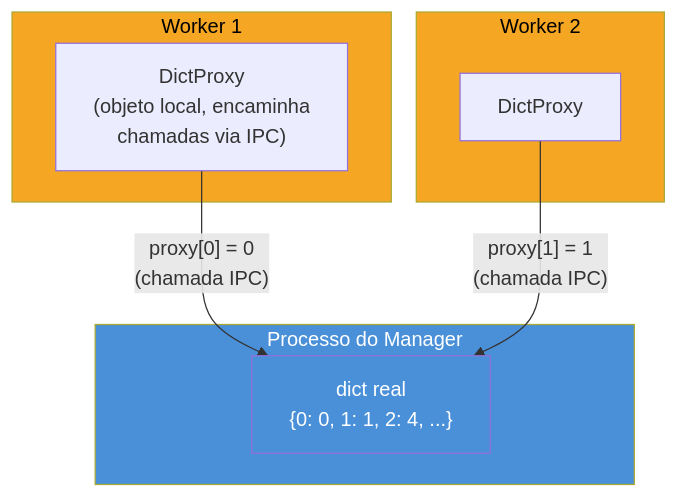
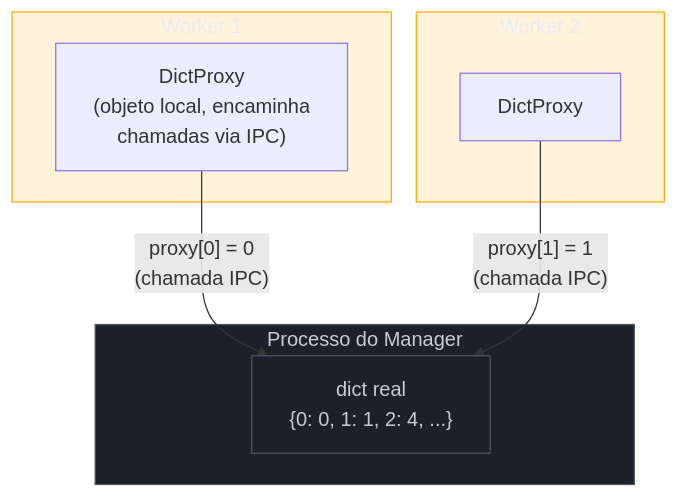
One commit to josenaldo/codex-technomanticus changed the third of 5 diagrams in 03-Dominios/Tecnologia/Python/Concorrência e paralelismo/04 - multiprocessing na prática — Pool, ProcessPoolExecutor e orquestração.md. Above: the diagram before and after it, drawn with Mermaid. The commit also changed other lines of this file and 1181 other files, not shown here.

First line of the commit message:
fix(diagramas): paleta do sistema no lugar de cor cravada no markdown

````diff
--- a/03-Dominios/Tecnologia/Python/Concorrência e paralelismo/04 - multiprocessing na prática — Pool, ProcessPoolExecutor e orquestração.md
+++ b/03-Dominios/Tecnologia/Python/Concorrência e paralelismo/04 - multiprocessing na prática — Pool, ProcessPoolExecutor e orquestração.md
@@ -301,22 +303,24 @@
 ```mermaid
 flowchart TD
+    classDef neutro fill:#1B2029,stroke:#4E5666,color:#C6CCD8
+    classDef destaque fill:#FFAA0024,stroke:#FFAA00,color:#E9ECF2
     subgraph Manager["Processo do Manager"]
         RealDict["dict real\n{0: 0, 1: 1, 2: 4, ...}"]
     end
 
     subgraph W1["Worker 1"]
         Proxy1["DictProxy\n(objeto local, encaminha\nchamadas via IPC)"]
     end
 
     subgraph W2["Worker 2"]
         Proxy2["DictProxy"]
     end
 
     Proxy1 -->|"proxy[0] = 0\n(chamada IPC)"| RealDict
     Proxy2 -->|"proxy[1] = 1\n(chamada IPC)"| RealDict
 
-    style Manager fill:#4A90D9,color:#fff
-    style RealDict fill:#4A90D9,color:#fff
-    style W1 fill:#F5A623,color:#000
-    style W2 fill:#F5A623,color:#000
+    class Manager neutro
+    class RealDict neutro
+    class W1 destaque
+    class W2 destaque
 ```
````
